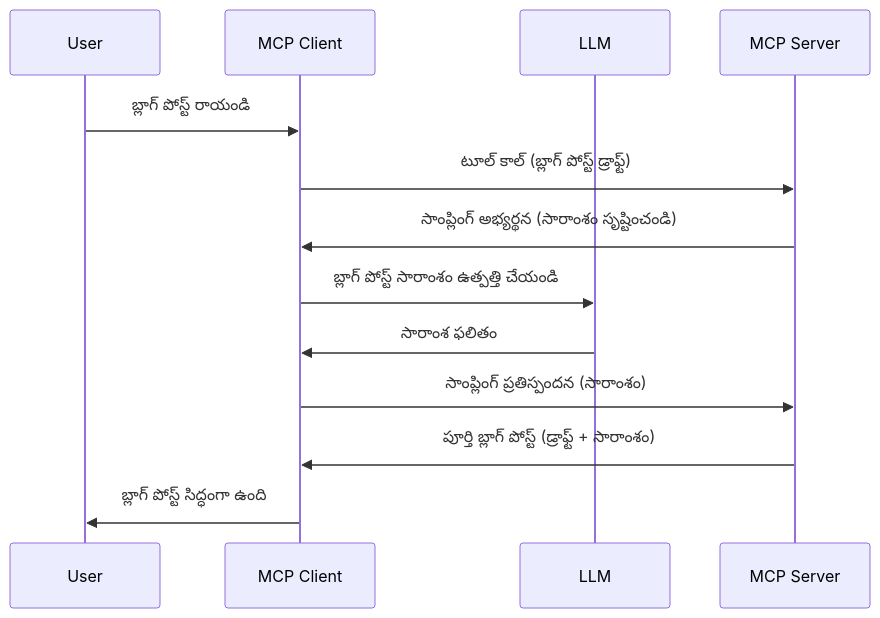
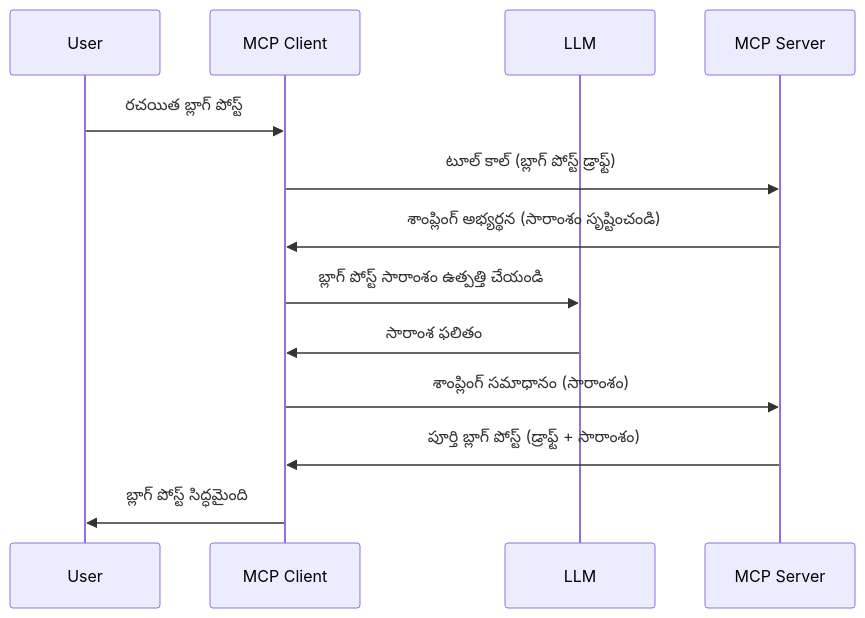
Before and after one commit to HIDORAKAI002/ai-workspace-archive: the diagram in mcp_ecosystem__model_context_protocol/mcp_learning_resources/mcp-for-beginners/translations/te/03-GettingStarted/14-sampling/README.md, drawn with Mermaid. The commit also changed other lines of this file and 1046 other files, not shown here.

````diff
--- a/mcp_ecosystem__model_context_protocol/mcp_learning_resources/mcp-for-beginners/translations/te/03-GettingStarted/14-sampling/README.md
+++ b/mcp_ecosystem__model_context_protocol/mcp_learning_resources/mcp-for-beginners/translations/te/03-GettingStarted/14-sampling/README.md
@@ -23,16 +25,16 @@
 ```mermaid
 sequenceDiagram
     participant User
     participant MCP Client
     participant LLM
     participant MCP Server
 
-    User->>MCP Client: బ్లాగ్ పోస్ట్ రాయండి
+    User->>MCP Client: రచయిత బ్లాగ్ పోస్ట్
     MCP Client->>MCP Server: టూల్ కాల్ (బ్లాగ్ పోస్ట్ డ్రాఫ్ట్)
-    MCP Server->>MCP Client: సాంప్లింగ్ అభ్యర్థన (సారాంశం సృష్టించండి)
+    MCP Server->>MCP Client: శాంప్లింగ్ అభ్యర్థన (సారాంశం సృష్టించండి)
     MCP Client->>LLM: బ్లాగ్ పోస్ట్ సారాంశం ఉత్పత్తి చేయండి
     LLM->>MCP Client: సారాంశ ఫలితం
-    MCP Client->>MCP Server: సాంప్లింగ్ ప్రతిస్పందన (సారాంశం)
+    MCP Client->>MCP Server: శాంప్లింగ్ సమాధానం (సారాంశం)
     MCP Server->>MCP Client: పూర్తి బ్లాగ్ పోస్ట్ (డ్రాఫ్ట్ + సారాంశం)
-    MCP Client->>User: బ్లాగ్ పోస్ట్ సిద్ధంగా ఉంది
+    MCP Client->>User: బ్లాగ్ పోస్ట్ సిద్ధమైంది
 ```
````
